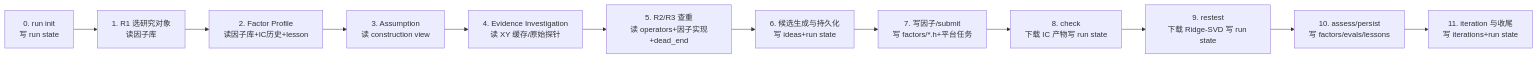
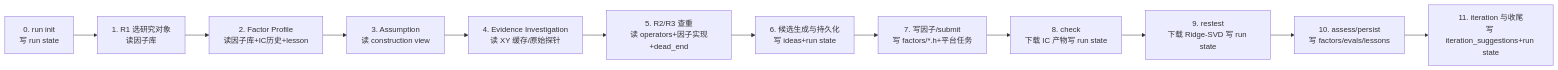
Before and after one commit to marcas-G/factor-loop: the diagram in docs/research-data-flow.md, drawn with Mermaid. The commit also changed other lines of this file and 57 other files, not shown here.

````diff
--- a/docs/research-data-flow.md
+++ b/docs/research-data-flow.md
@@ -26,14 +26,14 @@
 ```mermaid
 flowchart LR
   A["0. run init<br/>写 run state"] --> B["1. R1 选研究对象<br/>读因子库"]
   B --> C["2. Factor Profile<br/>读因子库+IC历史+lesson"]
   C --> D["3. Assumption<br/>读 construction view"]
   D --> E["4. Evidence Investigation<br/>读 XY 缓存/原始探针"]
   E --> F["5. R2/R3 查重<br/>读 operators+因子实现+dead_end"]
   F --> G["6. 候选生成与持久化<br/>写 ideas+run state"]
   G --> H["7. 写因子/submit<br/>写 factors/*.h+平台任务"]
   H --> I["8. check<br/>下载 IC 产物写 run state"]
   I --> J["9. restest<br/>下载 Ridge-SVD 写 run state"]
   J --> K["10. assess/persist<br/>写 factors/evals/lessons"]
-  K --> L["11. iteration 与收尾<br/>写 iterations+run state"]
+  K --> L["11. iteration 与收尾<br/>写 iteration_suggestions+run state"]
 ```
````
